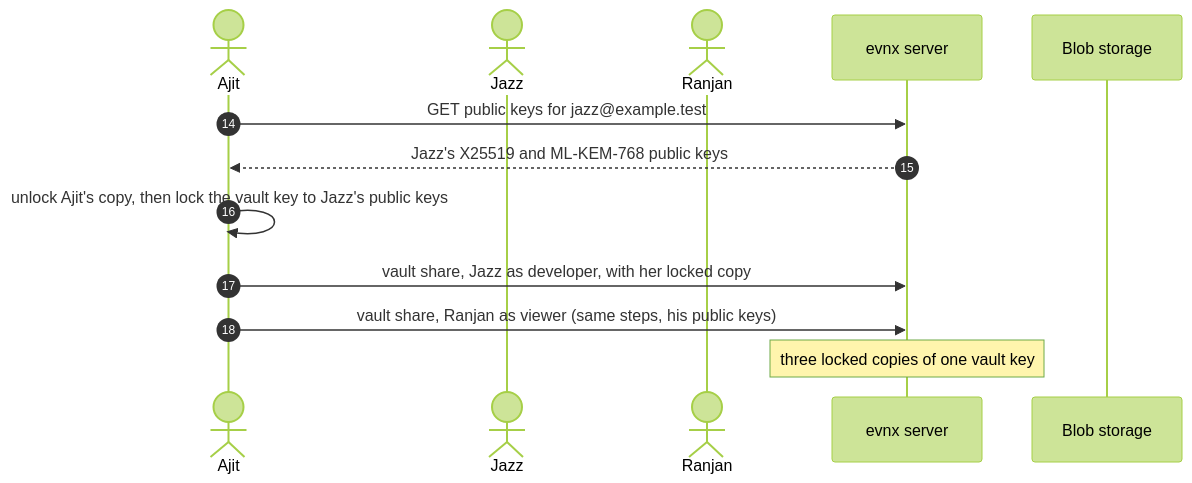
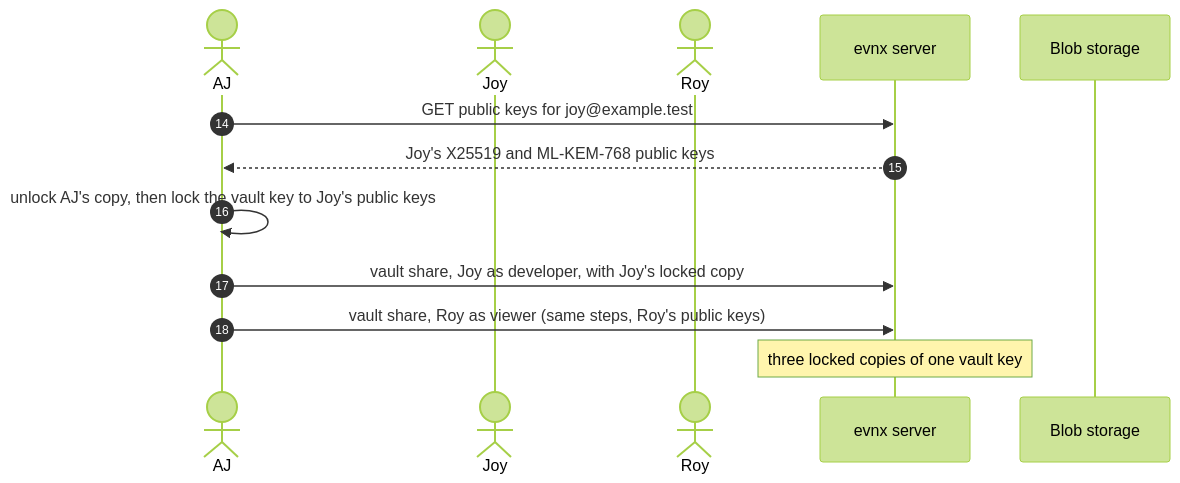
The fifth of 10 diagrams in packages/docs-content/guides/reference/how-vault-sharing-works.mdx (urwithajit9/evnx-web), drawn with Mermaid (forest theme) before and after one commit. The commit also changed other lines of this file and 1 other file, not shown here.

First line of the commit message:
docs: vault-sharing guide — AJ, Joy and Roy, with job roles

````diff
--- a/packages/docs-content/guides/reference/how-vault-sharing-works.mdx
+++ b/packages/docs-content/guides/reference/how-vault-sharing-works.mdx
@@ -253,15 +253,15 @@
 ```mermaid
 sequenceDiagram
     autonumber 14
-    actor A as Ajit
-    actor J as Jazz
-    actor R as Ranjan
+    actor A as AJ
+    actor J as Joy
+    actor R as Roy
     participant S as evnx server
     participant B as Blob storage
-    A->>S: GET public keys for jazz@example.test
-    S-->>A: Jazz's X25519 and ML-KEM-768 public keys
-    A->>A: unlock Ajit's copy, then lock the vault key to Jazz's public keys
-    A->>S: vault share, Jazz as developer, with her locked copy
-    A->>S: vault share, Ranjan as viewer (same steps, his public keys)
+    A->>S: GET public keys for joy@example.test
+    S-->>A: Joy's X25519 and ML-KEM-768 public keys
+    A->>A: unlock AJ's copy, then lock the vault key to Joy's public keys
+    A->>S: vault share, Joy as developer, with Joy's locked copy
+    A->>S: vault share, Roy as viewer (same steps, Roy's public keys)
     Note over S: three locked copies of one vault key
 ```
````
